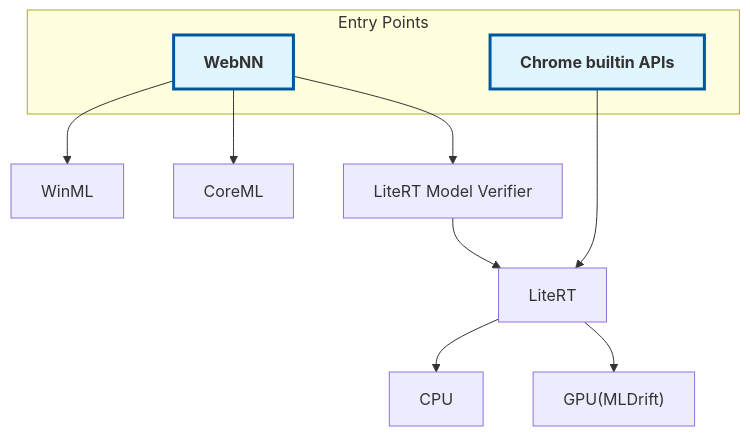
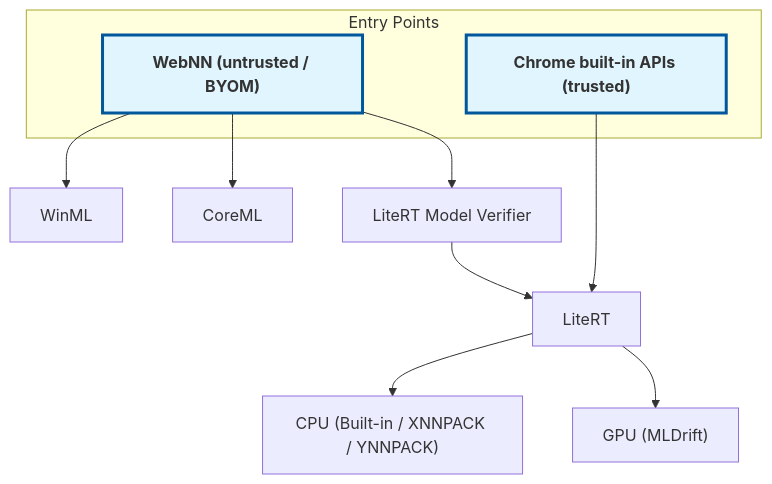
Before and after one commit to google-ai-edge/LiteRT: the first of 2 diagrams in docs/instructions/security.md, drawn with Mermaid. The commit also changed other lines of this file and 1 other file, not shown here.

First line of the commit message:
Refresh the LiteRT runtime threat model (`docs/instructions/security.md`) and fuzzing guide (`litert/test/fuzzing/README.md`) to reflect the current verifier, backend scope, and fuzzing suite.

````diff
--- a/docs/instructions/security.md
+++ b/docs/instructions/security.md
@@ -100,32 +89,28 @@
 ```mermaid
 flowchart TD
-    %% Entry Points Subgraph to establish equal weight and alignment
     subgraph Entry_Points ["Entry Points"]
-        WebNN["WebNN"]
-        ChromeAPIs["Chrome builtin APIs"]
+        WebNN["WebNN (untrusted / BYOM)"]
+        ChromeAPIs["Chrome built-in APIs (trusted)"]
     end
 
-    %% Node Definitions
     WinML["WinML"]
     CoreML["CoreML"]
     LiteRT_VERIFIER["LiteRT Model Verifier"]
     LiteRT["LiteRT"]
 
-    LiteRT_CPU["CPU"]
-    LiteRT_GPU["GPU(MLDrift)"]
+    LiteRT_CPU["CPU (Built-in / XNNPACK / YNNPACK)"]
+    LiteRT_GPU["GPU (MLDrift)"]
 
-    %% Link Definitions
     WebNN --> WinML
     WebNN --> CoreML
     WebNN --> LiteRT_VERIFIER
 
     LiteRT_VERIFIER --> LiteRT
     ChromeAPIs --> LiteRT
 
     LiteRT --> LiteRT_CPU
     LiteRT --> LiteRT_GPU
 
-    %% Styling to emphasize entry points
     classDef entryPoint fill:#e1f5fe,stroke:#01579b,stroke-width:3px,font-weight:bold;
     class WebNN,ChromeAPIs entryPoint;
 ```
````
